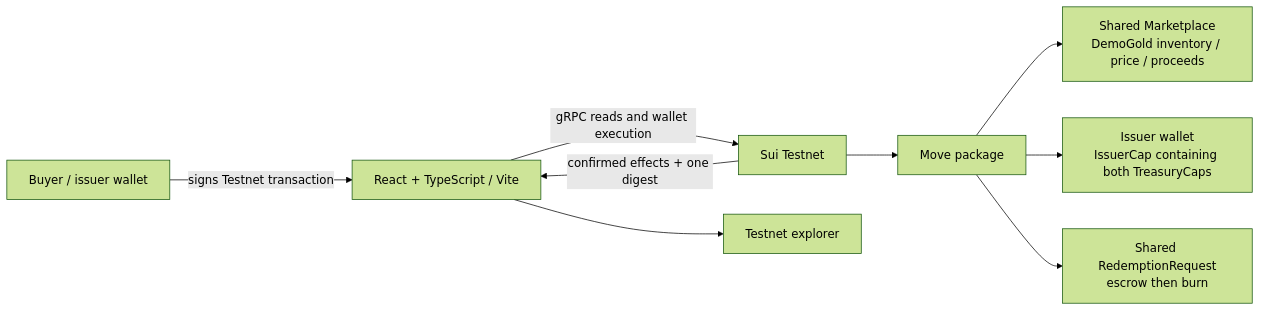
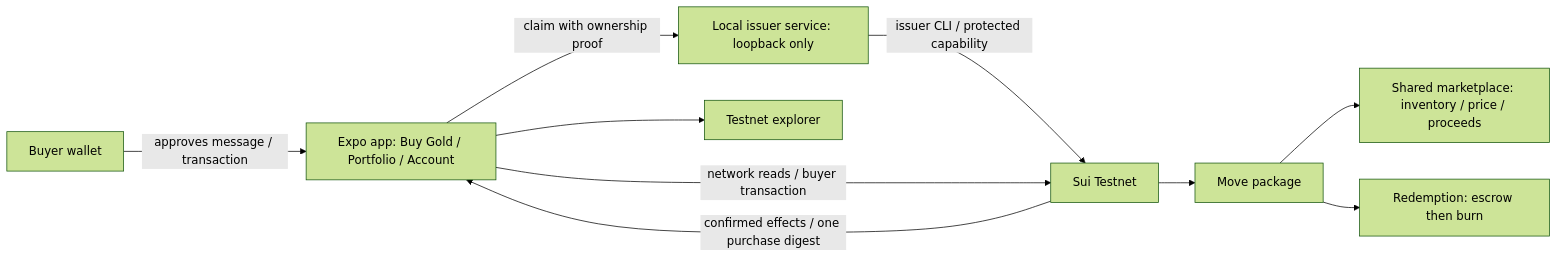
One commit to bhawishK/Tokenized-Asset-Marketplace changed the diagram in README.md. Above: the diagram before and after it, drawn with Mermaid (forest theme). The commit also changed other lines of this file and 19 other files, not shown here.

Commit message:
Simplify Expo app and document complete demo launch with screenshots

````diff
--- a/README.md
+++ b/README.md
@@ -34,11 +119,12 @@
-```mermaid
+~~~mermaid
 flowchart LR
-    W[Buyer / issuer wallet] -->|signs Testnet transaction| UI[React + TypeScript / Vite]
-    UI -->|gRPC reads and wallet execution| S[Sui Testnet]
+    W[Buyer wallet] -->|approves message / transaction| UI[Expo app: Buy Gold / Portfolio / Account]
+    UI -->|claim with ownership proof| F[Local issuer service: loopback only]
+    F -->|issuer CLI / protected capability| S[Sui Testnet]
+    UI -->|network reads / buyer transaction| S
     S --> P[Move package]
-    P --> M[Shared Marketplace\nDemoGold inventory / price / proceeds]
-    P --> I[Issuer wallet\nIssuerCap containing both TreasuryCaps]
-    P --> R[Shared RedemptionRequest\nescrow then burn]
-    S -->|confirmed effects + one digest| UI
+    P --> M[Shared marketplace: inventory / price / proceeds]
+    P --> R[Redemption: escrow then burn]
+    S -->|confirmed effects / one purchase digest| UI
     UI --> E[Testnet explorer]
-```
+~~~
````
